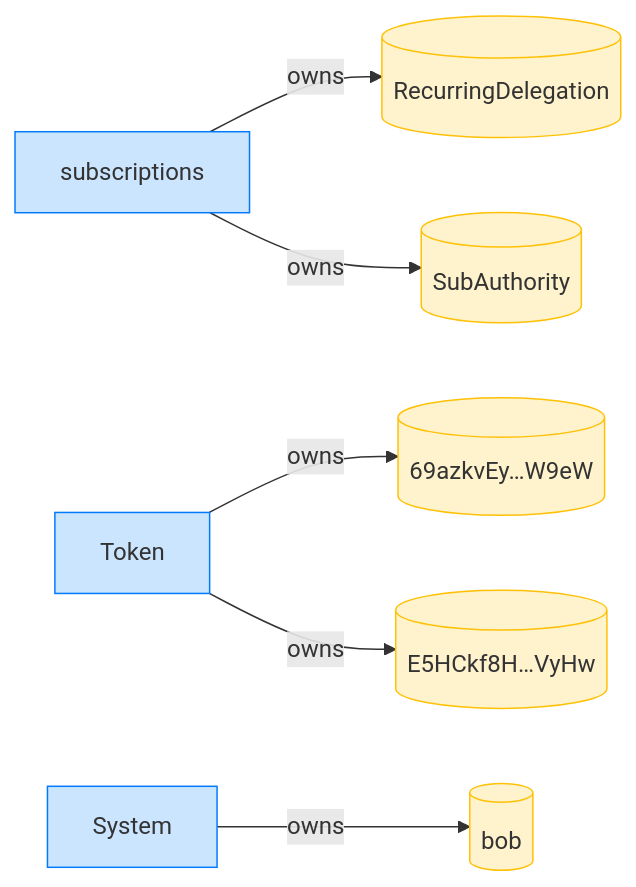
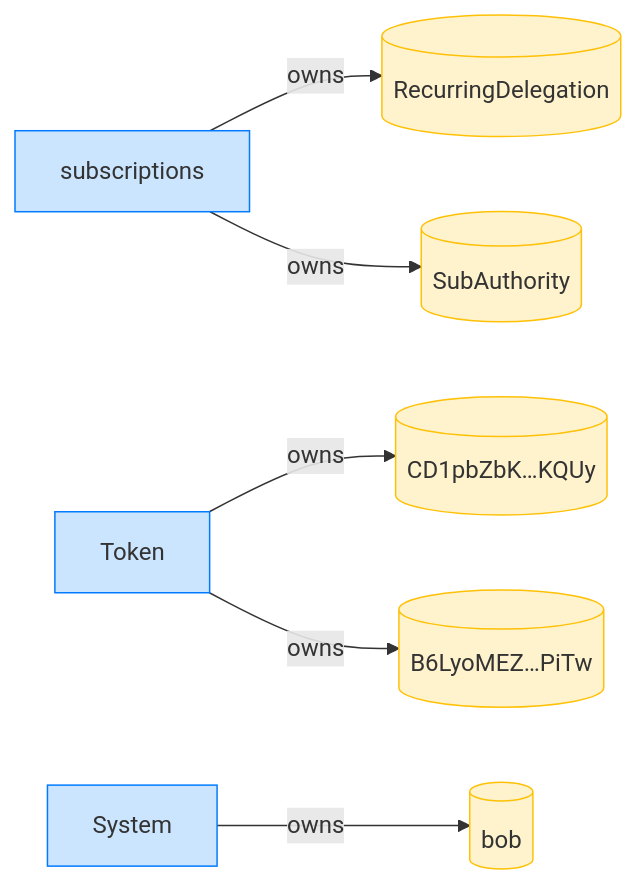
Before and after one commit to cds-rs/subscriptions: diagram 12 of 12 in dsl_tests/recurring-rollover-blocked-at-the-expiry-boundary.md, drawn with Mermaid. The commit also changed other lines of this file and 224 other files, not shown here.

````diff
--- a/dsl_tests/recurring-rollover-blocked-at-the-expiry-boundary.md
+++ b/dsl_tests/recurring-rollover-blocked-at-the-expiry-boundary.md
@@ -235,18 +249,18 @@
 ```mermaid
 flowchart LR
     classDef owner fill:#cce5ff,stroke:#007bff;
     classDef account fill:#fff3cd,stroke:#ffc107;
     subscriptions[subscriptions]:::owner
     RecurringDelegation[(RecurringDelegation)]:::account
     SubAuthority[(SubAuthority)]:::account
     Token[Token]:::owner
-    69azkvEy_W9eW[("69azkvEy…W9eW")]:::account
-    E5HCkf8H_VyHw[("E5HCkf8H…VyHw")]:::account
+    CD1pbZbK_KQUy[("CD1pbZbK…KQUy")]:::account
+    B6LyoMEZ_PiTw[("B6LyoMEZ…PiTw")]:::account
     System[System]:::owner
     bob[(bob)]:::account
     subscriptions -->|owns| RecurringDelegation
     subscriptions -->|owns| SubAuthority
-    Token -->|owns| 69azkvEy_W9eW
-    Token -->|owns| E5HCkf8H_VyHw
+    Token -->|owns| CD1pbZbK_KQUy
+    Token -->|owns| B6LyoMEZ_PiTw
     System -->|owns| bob
 ```
````
